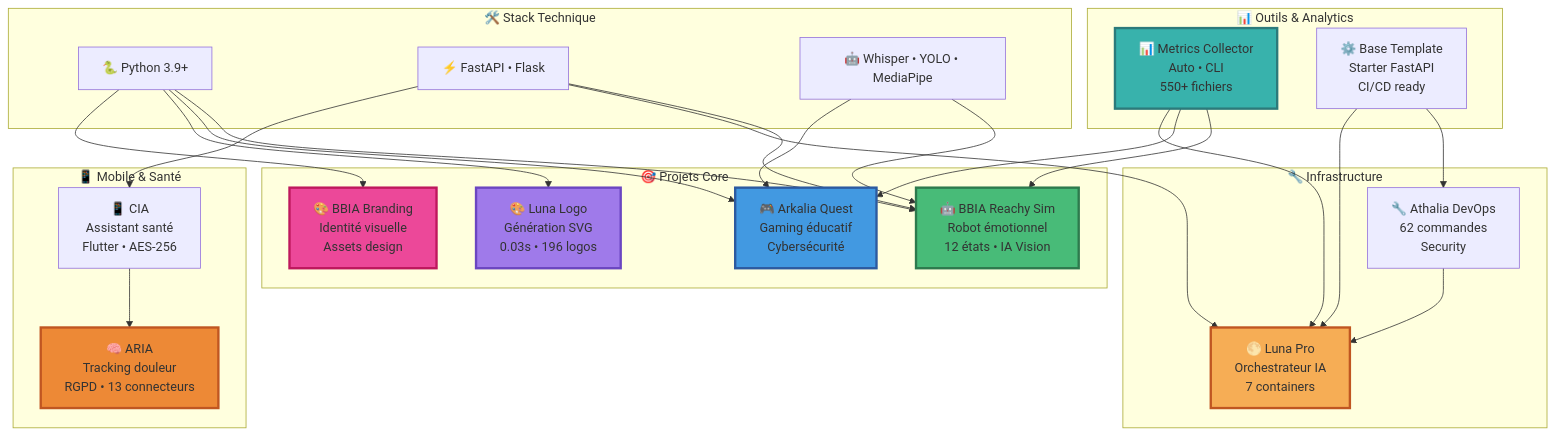
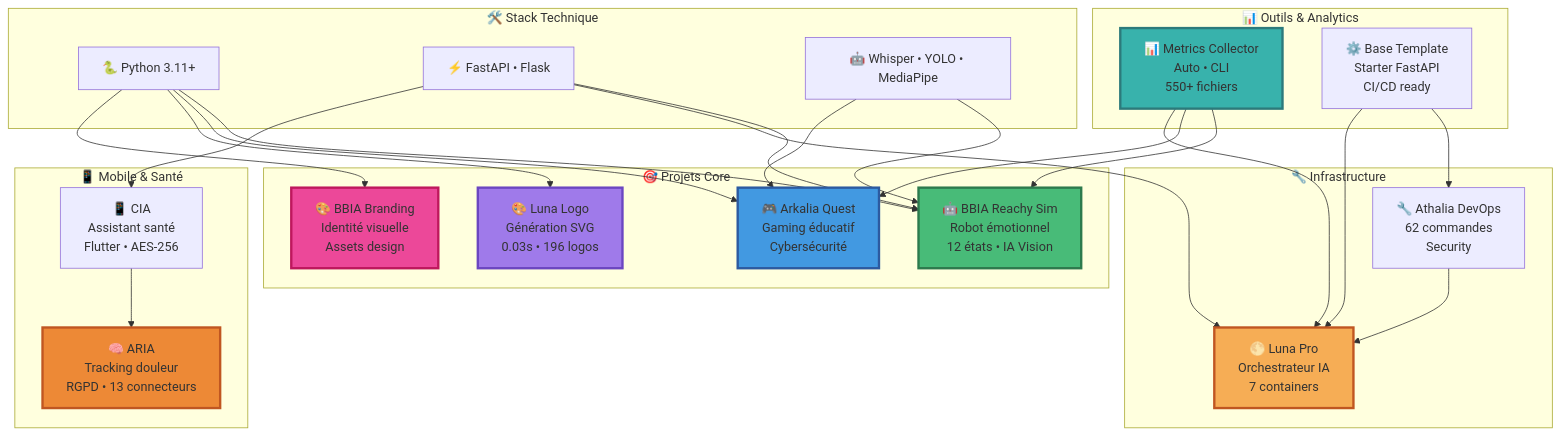
One commit to arkalia-luna-system/arkalia-luna-system changed the first of 2 diagrams in README.md. Above: the diagram before and after it, drawn with Mermaid. The commit also changed other lines of this file and 20 other files, not shown here.

````diff
--- a/README.md
+++ b/README.md
@@ -212,60 +265,60 @@
 ```mermaid
 flowchart TB
     subgraph stack["🛠️ Stack Technique"]
-        PYTHON["🐍 Python 3.9+"]
+        PYTHON["🐍 Python 3.11+"]
         APIS["⚡ FastAPI • Flask"]
         AI["🤖 Whisper • YOLO • MediaPipe"]
     end
     
     subgraph core["🎯 Projets Core"]
         BBIA["🤖 BBIA Reachy Sim<br/>Robot émotionnel<br/>12 états • IA Vision"]
         QUEST["🎮 Arkalia Quest<br/>Gaming éducatif<br/>Cybersécurité"]
         LOGO["🎨 Luna Logo<br/>Génération SVG<br/>0.03s • 196 logos"]
         BRANDING["🎨 BBIA Branding<br/>Identité visuelle<br/>Assets design"]
     end
     
     subgraph infra["🔧 Infrastructure"]
         ATHALIA["🔧 Athalia DevOps<br/>62 commandes<br/>Security"]
         LUNA["🌕 Luna Pro<br/>Orchestrateur IA<br/>7 containers"]
     end
     
     subgraph mobile["📱 Mobile & Santé"]
         CIA["📱 CIA<br/>Assistant santé<br/>Flutter • AES-256"]
         ARIA["🧠 ARIA<br/>Tracking douleur<br/>RGPD • 13 connecteurs"]
     end
     
     subgraph utils["📊 Outils & Analytics"]
         METRICS["📊 Metrics Collector<br/>Auto • CLI<br/>550+ fichiers"]
         TEMPLATE["⚙️ Base Template<br/>Starter FastAPI<br/>CI/CD ready"]
     end
     
     PYTHON --> BBIA
     PYTHON --> QUEST
     PYTHON --> LOGO
     PYTHON --> BRANDING
     
     APIS --> BBIA
     APIS --> LUNA
     APIS --> CIA
     
     AI --> BBIA
     AI --> QUEST
     
     METRICS --> BBIA
     METRICS --> QUEST
     METRICS --> LUNA
     
     TEMPLATE --> ATHALIA
     TEMPLATE --> LUNA
     
     ATHALIA --> LUNA
     CIA --> ARIA
     
     style BBIA fill:#48bb78,stroke:#2d7a4d,stroke-width:3px
     style QUEST fill:#4299e1,stroke:#2c5aa0,stroke-width:3px
     style LOGO fill:#9f7aea,stroke:#6b46c1,stroke-width:3px
     style LUNA fill:#f6ad55,stroke:#c05621,stroke-width:3px
     style ARIA fill:#ed8936,stroke:#c05621,stroke-width:3px
     style METRICS fill:#38b2ac,stroke:#2c7a7b,stroke-width:3px
     style BRANDING fill:#ec4899,stroke:#be185d,stroke-width:3px
 ```
````
